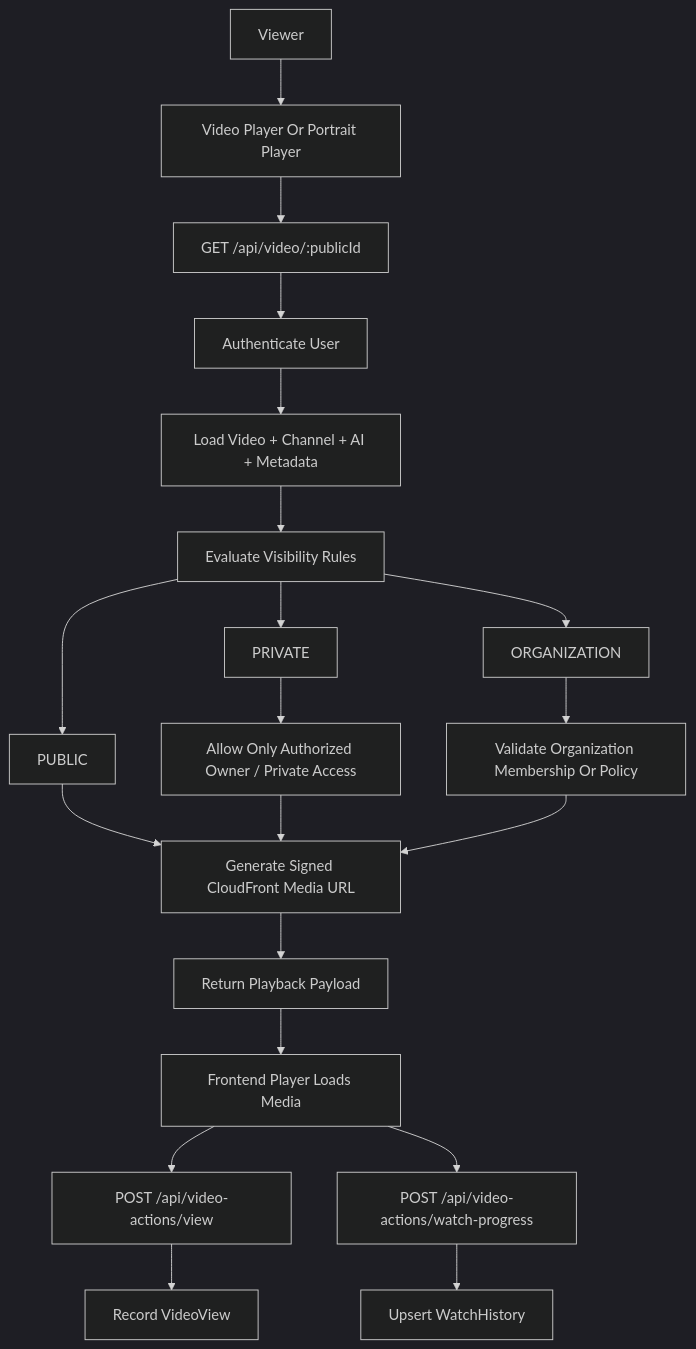
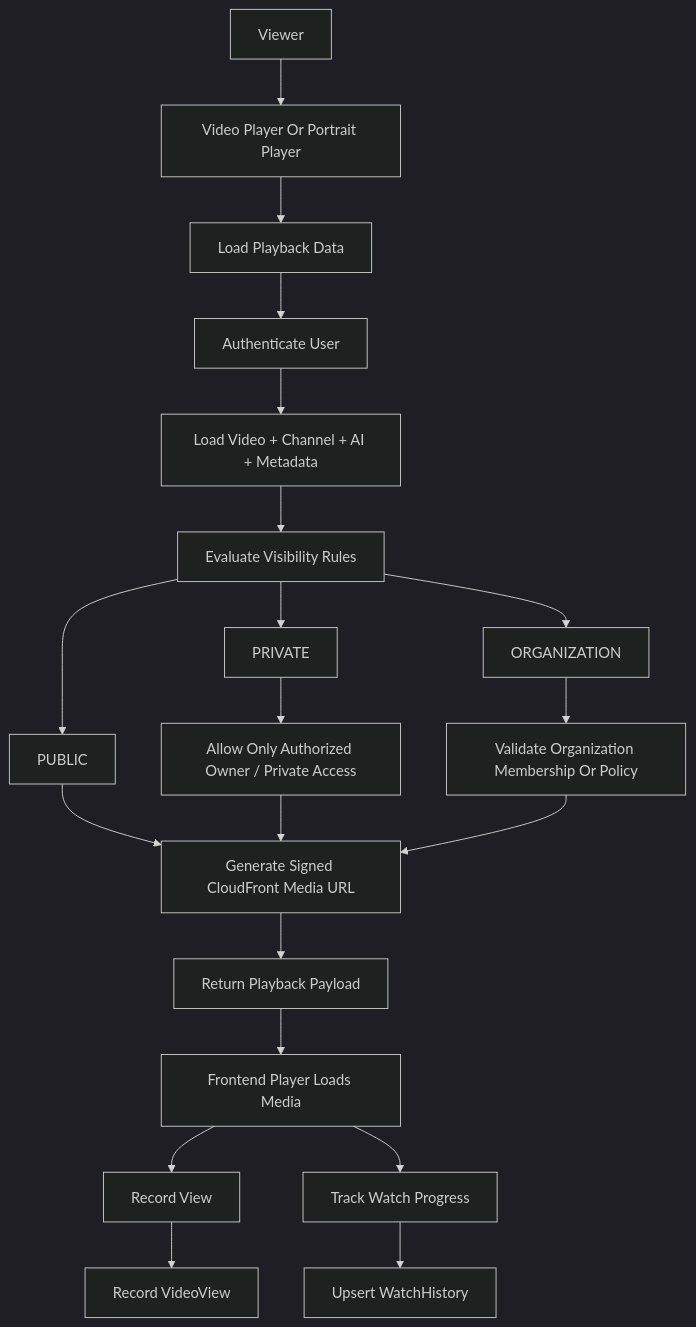
One commit to samakshrastogi/SK-MediaFlow changed the sixth of 11 diagrams in README.md. Above: the diagram before and after it, drawn with Mermaid (dark theme). The commit also changed other lines of this file, not shown here.

````diff
--- a/README.md
+++ b/README.md
@@ -266,26 +266,26 @@
 ```mermaid
 flowchart TD
     U["Viewer"] --> PAGE["Video Player Or Portrait Player"]
-    PAGE --> FETCH["GET /api/video/:publicId"]
+    PAGE --> FETCH["Load Playback Data"]
     FETCH --> AUTH["Authenticate User"]
     AUTH --> LOOKUP["Load Video + Channel + AI + Metadata"]
     LOOKUP --> VIS["Evaluate Visibility Rules"]
 
     VIS --> PUB["PUBLIC"]
     VIS --> PRI["PRIVATE"]
     VIS --> ORG["ORGANIZATION"]
 
     PUB --> SIGN["Generate Signed CloudFront Media URL"]
     PRI --> OWN["Allow Only Authorized Owner / Private Access"]
     OWN --> SIGN
     ORG --> MEMBER["Validate Organization Membership Or Policy"]
     MEMBER --> SIGN
 
     SIGN --> RESP["Return Playback Payload"]
     RESP --> PLAYER["Frontend Player Loads Media"]
 
-    PLAYER --> VIEW["POST /api/video-actions/view"]
-    PLAYER --> WATCH["POST /api/video-actions/watch-progress"]
+    PLAYER --> VIEW["Record View"]
+    PLAYER --> WATCH["Track Watch Progress"]
     VIEW --> DB["Record VideoView"]
     WATCH --> DB2["Upsert WatchHistory"]
 ```
````
